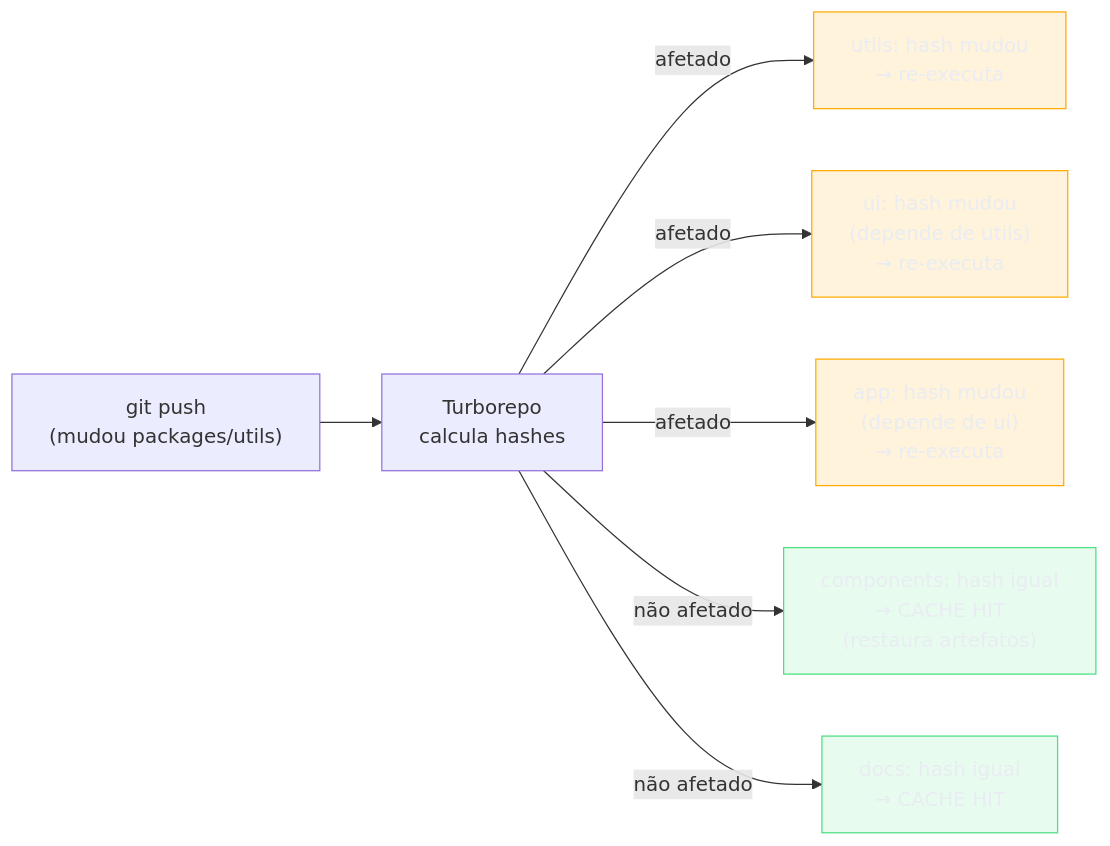
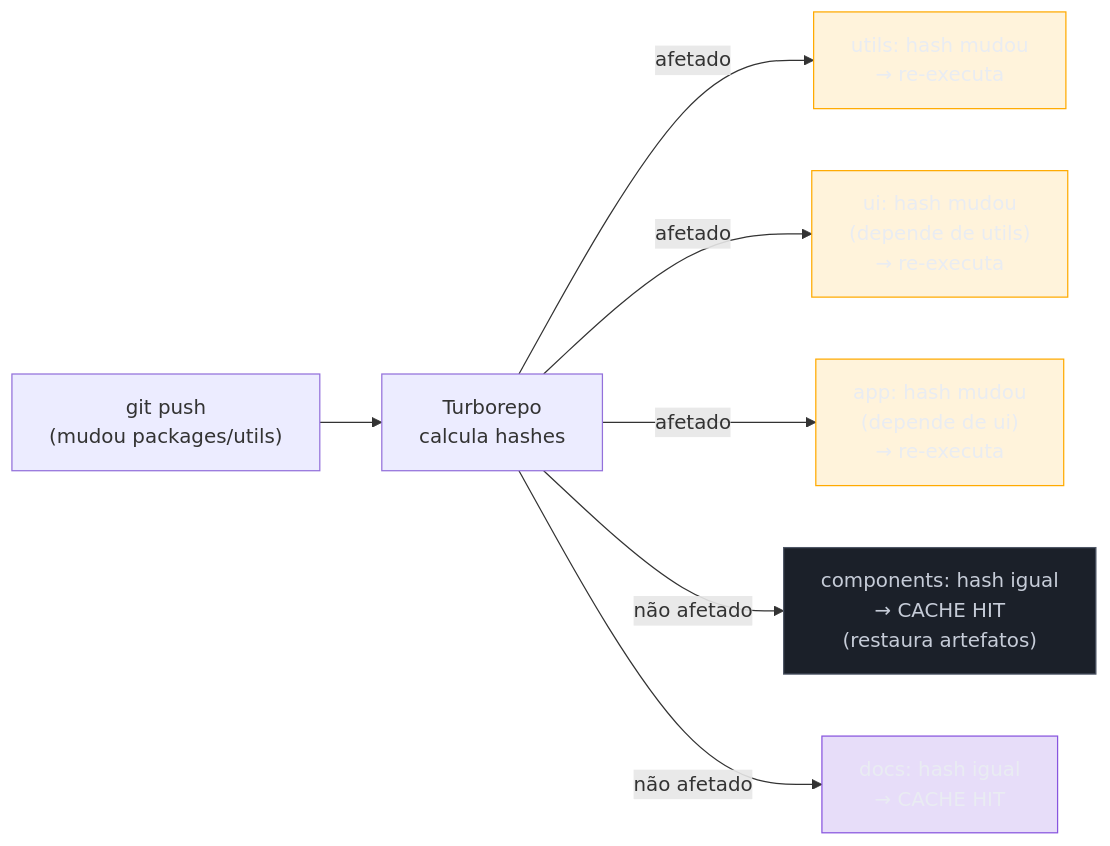
The second of 7 diagrams in 03-Dominios/Tecnologia/Tooling e Build/21 - Monorepos - workspaces, Turborepo, Nx e changesets.md (josenaldo/codex-technomanticus), drawn with Mermaid before and after one commit. The commit also changed other lines of this file and 601 other files, not shown here.

````diff
--- a/03-Dominios/Tecnologia/Tooling e Build/21 - Monorepos - workspaces, Turborepo, Nx e changesets.md
+++ b/03-Dominios/Tecnologia/Tooling e Build/21 - Monorepos - workspaces, Turborepo, Nx e changesets.md
@@ -236,25 +236,26 @@
 ```mermaid
 flowchart LR
-    classDef ok fill:#4ADE8021,stroke:#4ADE80,color:#E9ECF2
+    classDef marca fill:#8855DF33,stroke:#8855DF,color:#E9ECF2
+    classDef neutro fill:#1B2029,stroke:#4E5666,color:#C6CCD8
     classDef destaque fill:#FFAA0024,stroke:#FFAA00,color:#E9ECF2
     CHG["git push\n(mudou packages/utils)"]
     HASH["Turborepo\ncalcula hashes"]
     UTILS["utils: hash mudou\n→ re-executa"]
     UI["ui: hash mudou\n(depende de utils)\n→ re-executa"]
     APP["app: hash mudou\n(depende de ui)\n→ re-executa"]
     COMP["components: hash igual\n→ CACHE HIT\n(restaura artefatos)"]
     DOCS["docs: hash igual\n→ CACHE HIT"]
 
     CHG --> HASH
     HASH -->|"afetado"| UTILS
     HASH -->|"afetado"| UI
     HASH -->|"afetado"| APP
     HASH -->|"não afetado"| COMP
     HASH -->|"não afetado"| DOCS
 
-    class COMP ok
-    class DOCS ok
+    class COMP neutro
+    class DOCS marca
     class UTILS destaque
     class UI destaque
     class APP destaque
 ```
````
